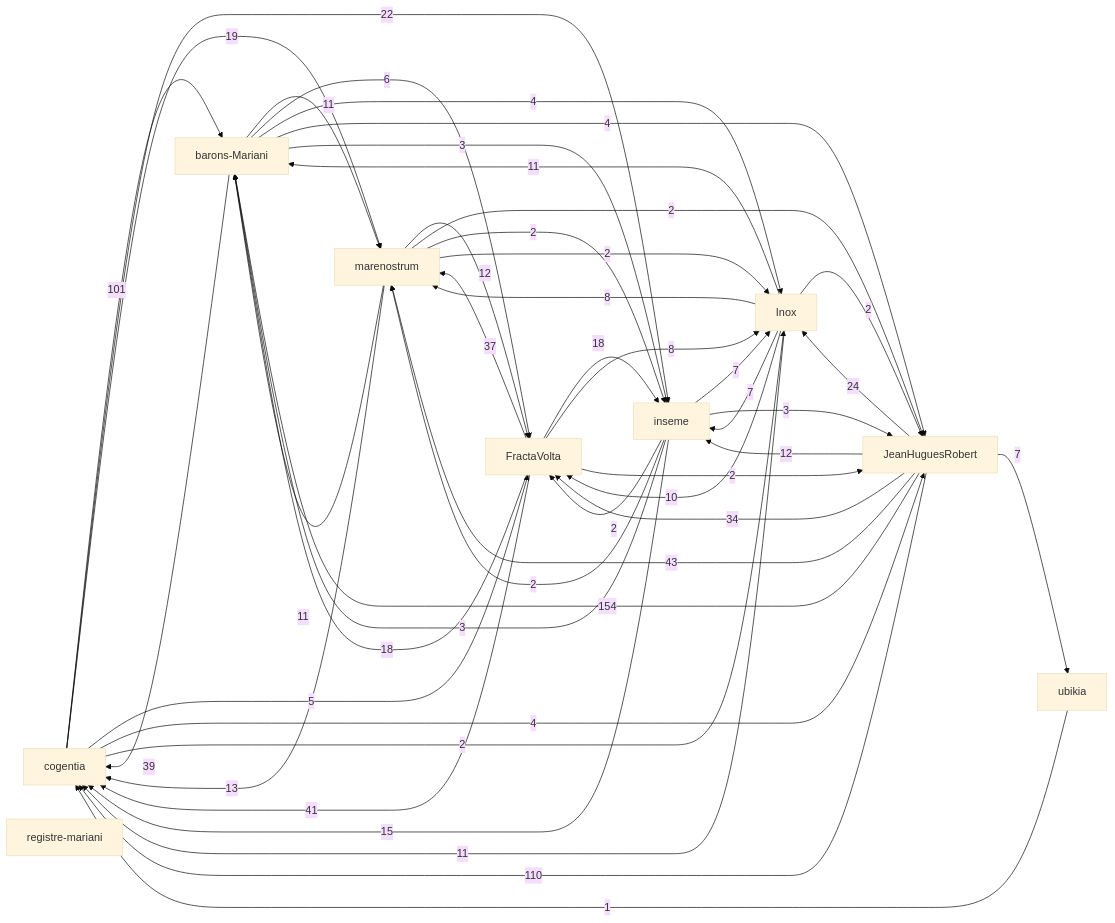
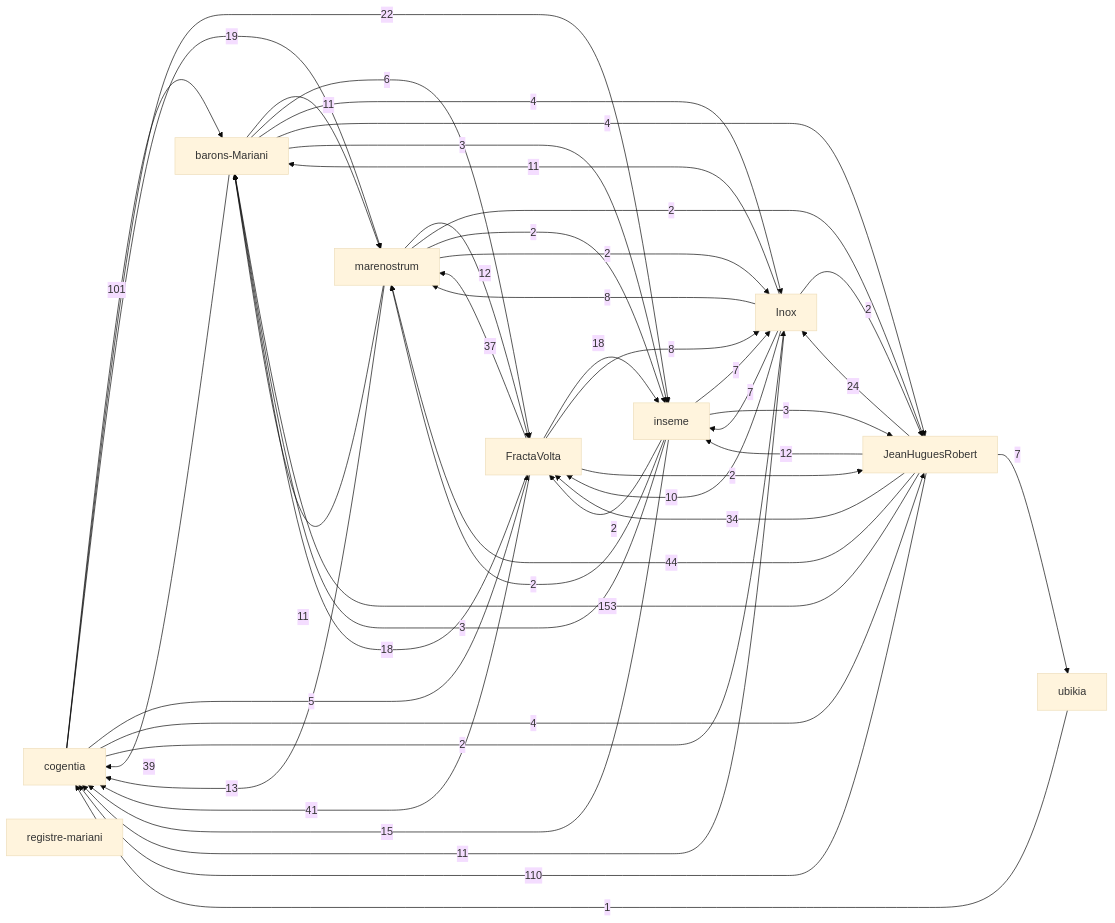
The first of 2 diagrams in research/corpus-status.md (JeanHuguesRobert/FractaVolta), drawn with Mermaid (base theme) before and after one commit.

Commit message:
Refresh corpus status after catalog update

````diff
--- a/research/corpus-status.md
+++ b/research/corpus-status.md
@@ -48,56 +48,56 @@
 ```mermaid
 graph LR
   r_cogentia["cogentia"]
   r_fractavolta["FractaVolta"]
   r_marenostrum["marenostrum"]
   r_barons_mariani["barons-Mariani"]
   r_inseme["inseme"]
   r_inox["Inox"]
   r_registre_mariani["registre-mariani"]
   r_ubikia["ubikia"]
   r_jeanhuguesrobert["JeanHuguesRobert"]
-  r_jeanhuguesrobert -->|154| r_barons_mariani
+  r_jeanhuguesrobert -->|153| r_barons_mariani
   r_jeanhuguesrobert -->|110| r_cogentia
   r_cogentia -->|101| r_barons_mariani
-  r_jeanhuguesrobert -->|43| r_marenostrum
+  r_jeanhuguesrobert -->|44| r_marenostrum
   r_fractavolta -->|41| r_cogentia
   r_barons_mariani -->|39| r_cogentia
   r_fractavolta -->|37| r_marenostrum
   r_jeanhuguesrobert -->|34| r_fractavolta
   r_jeanhuguesrobert -->|24| r_inox
   r_cogentia -->|22| r_inseme
   r_cogentia -->|19| r_marenostrum
   r_fractavolta -->|18| r_inseme
   r_fractavolta -->|18| r_barons_mariani
   r_inseme -->|15| r_cogentia
   r_marenostrum -->|13| r_cogentia
   r_jeanhuguesrobert -->|12| r_inseme
   r_marenostrum -->|12| r_fractavolta
   r_barons_mariani -->|11| r_marenostrum
   r_inox -->|11| r_barons_mariani
   r_inox -->|11| r_cogentia
   r_marenostrum -->|11| r_barons_mariani
   r_inox -->|10| r_fractavolta
   r_fractavolta -->|8| r_inox
   r_inox -->|8| r_marenostrum
   r_inox -->|7| r_inseme
   r_inseme -->|7| r_inox
   r_jeanhuguesrobert -->|7| r_ubikia
   r_barons_mariani -->|6| r_fractavolta
   r_cogentia -->|5| r_fractavolta
   r_barons_mariani -->|4| r_inox
   r_barons_mariani -->|4| r_jeanhuguesrobert
   r_cogentia -->|4| r_jeanhuguesrobert
   r_barons_mariani -->|3| r_inseme
   r_inseme -->|3| r_barons_mariani
   r_inseme -->|3| r_jeanhuguesrobert
   r_cogentia -->|2| r_inox
   r_fractavolta -->|2| r_jeanhuguesrobert
   r_inox -->|2| r_jeanhuguesrobert
   r_inseme -->|2| r_marenostrum
   r_inseme -->|2| r_fractavolta
   r_marenostrum -->|2| r_jeanhuguesrobert
   r_marenostrum -->|2| r_inseme
   r_marenostrum -->|2| r_inox
   r_ubikia -->|1| r_cogentia
 ```
````
